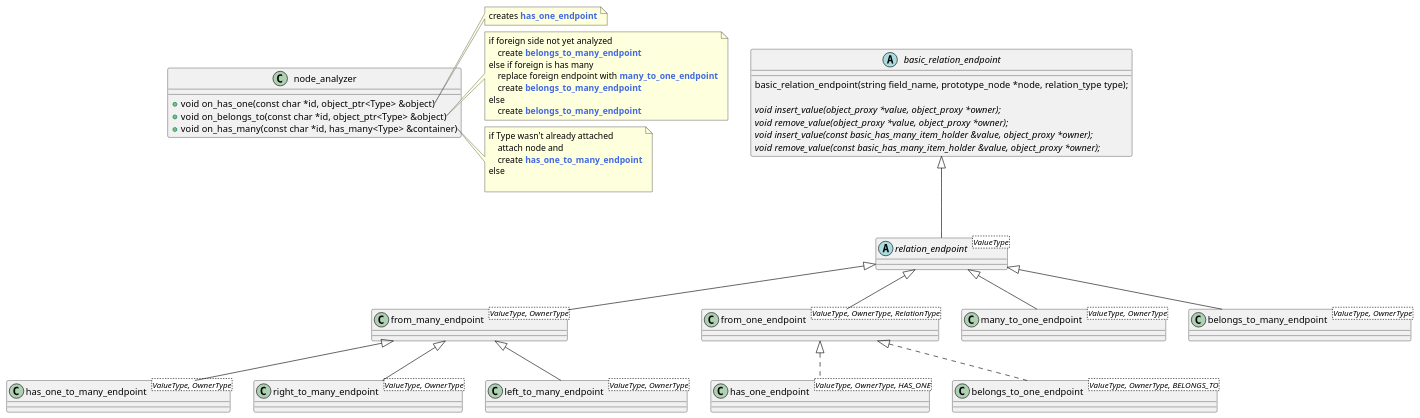
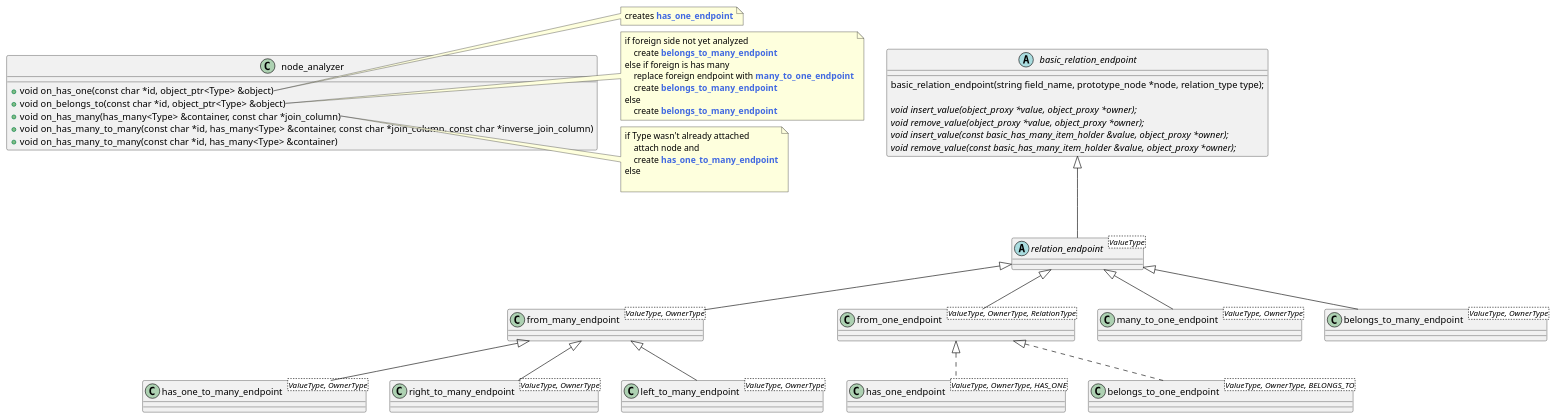
The diagram in include/matador/object/releation.puml (zussel/matador), drawn with PlantUML before and after one commit. The commit also changed 52 other files, not shown here.

Commit message:
introduced has_many_to_many interface to separate many-to-many from one-to-many relations

```diff
--- a/include/matador/object/releation.puml
+++ b/include/matador/object/releation.puml
@@ -1,98 +1,100 @@
 @startuml
 'https://plantuml.com/class-diagram
 
 'enum relation_type {
 'BELONGS_TO
 'HAS_ONE
 'HAS_MANY
 '}
 
 abstract class basic_relation_endpoint
 {
     basic_relation_endpoint(string field_name, prototype_node *node, relation_type type);
 
     {abstract} void insert_value(object_proxy *value, object_proxy *owner);
     {abstract} void remove_value(object_proxy *value, object_proxy *owner);
     {abstract} void insert_value(const basic_has_many_item_holder &value, object_proxy *owner);
     {abstract} void remove_value(const basic_has_many_item_holder &value, object_proxy *owner);
 }
 
 
 abstract class relation_endpoint<ValueType>
 
 class from_many_endpoint<ValueType, OwnerType>
 class from_one_endpoint<ValueType, OwnerType, RelationType>
 
 class has_one_endpoint<ValueType, OwnerType, HAS_ONE> implements from_one_endpoint
 class belongs_to_one_endpoint<ValueType, OwnerType, BELONGS_TO> implements from_one_endpoint
 
 class many_to_one_endpoint<ValueType, OwnerType>
 class belongs_to_many_endpoint<ValueType, OwnerType>
 
 together {
 class left_to_many_endpoint<ValueType, OwnerType>
 class right_to_many_endpoint<ValueType, OwnerType>
 class has_one_to_many_endpoint<ValueType, OwnerType>
 }
 
 basic_relation_endpoint <|-- relation_endpoint
 relation_endpoint <|-- from_many_endpoint
 relation_endpoint <|-- from_one_endpoint
 relation_endpoint <|-- many_to_one_endpoint
 relation_endpoint <|-- belongs_to_many_endpoint
 
 from_many_endpoint <|-- left_to_many_endpoint
 from_many_endpoint <|-- right_to_many_endpoint
 from_many_endpoint <|-- has_one_to_many_endpoint
 
 class node_analyzer {
 + void on_has_one(const char *id, object_ptr<Type> &object)
 + void on_belongs_to(const char *id, object_ptr<Type> &object)
-+ void on_has_many(const char *id, has_many<Type> &container)
++ void on_has_many(has_many<Type> &container, const char *join_column)
++ void on_has_many_to_many(const char *id, has_many<Type> &container, const char *join_column, const char *inverse_join_column)
++ void on_has_many_to_many(const char *id, has_many<Type> &container)
 }
 note right of node_analyzer::on_has_one
     creates <b><color:royalBlue>has_one_endpoint</color>
 end note
 
 note right of node_analyzer::on_belongs_to
     if foreign side not yet analyzed
         create <b><color:royalBlue>belongs_to_many_endpoint</color>
     else if foreign is has many
         replace foreign endpoint with <b><color:royalBlue>many_to_one_endpoint</color>
         create <b><color:royalBlue>belongs_to_many_endpoint</color>
     else
         create <b><color:royalBlue>belongs_to_many_endpoint</color>
 end note
 
 note right of node_analyzer::on_has_many
     if Type wasn't already attached
         attach node and
         create <b><color:royalBlue>has_one_to_many_endpoint</color>
     else
 
 end note
 
 'abstract class AbstractList
 'abstract AbstractCollection
 'interface List
 'interface Collection
 '
 'List <|-- AbstractList
 'Collection <|-- AbstractCollection
 '
 'Collection <|- List
 'AbstractCollection <|- AbstractList
 'AbstractList <|-- ArrayList
 '
 'class ArrayList {
 'Object[] elementData
 'size()
 '}
 '
 'enum TimeUnit {
 'DAYS
 'HOURS
 'MINUTES
 '}
 
 @enduml
```
